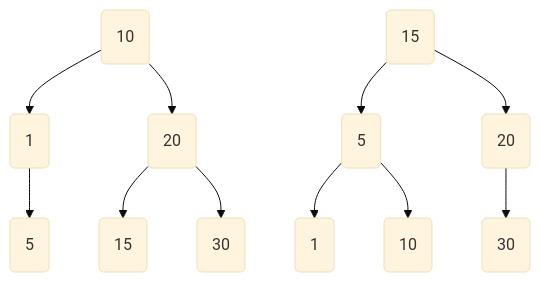
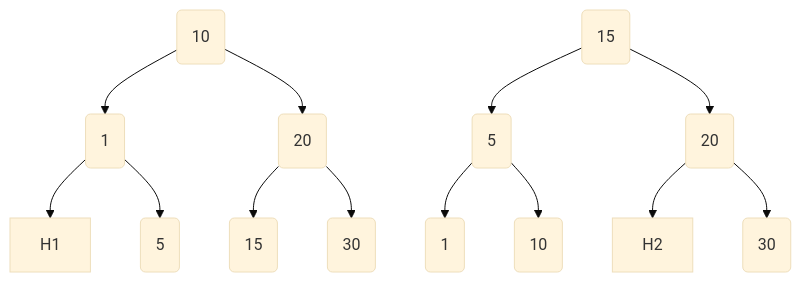
One commit to jayshozie/ceng301 changed the fourth of 4 diagrams in lecture-notes/w07.md. Above: the diagram before and after it, drawn with Mermaid (base theme). The commit also changed other lines of this file, not shown here.

````diff
--- a/lecture-notes/w07.md
+++ b/lecture-notes/w07.md
@@ -435,15 +441,17 @@
 ```mermaid
 graph TB
 
 A(10) --> B(1)
+B --> H1:::hidden
 B --> D(5)
 A(10) --> C(20)
 C --> E(15)
 C --> F(30)
 
 G(15) --> H(5)
 H --> J(1)
 H --> K(10)
 G --> I(20)
+I --> H2:::hidden
 I --> L(30)
 ```
````
